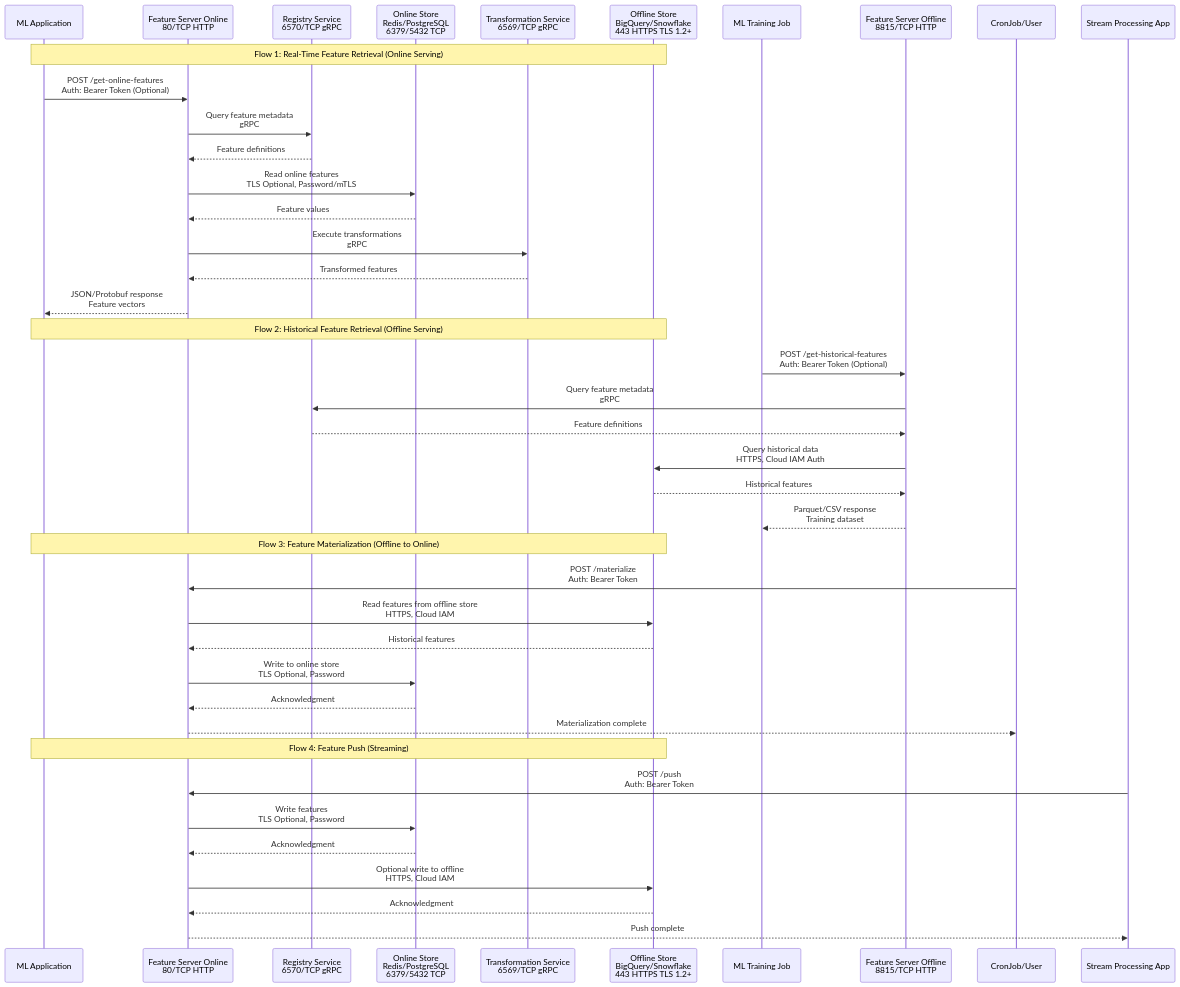
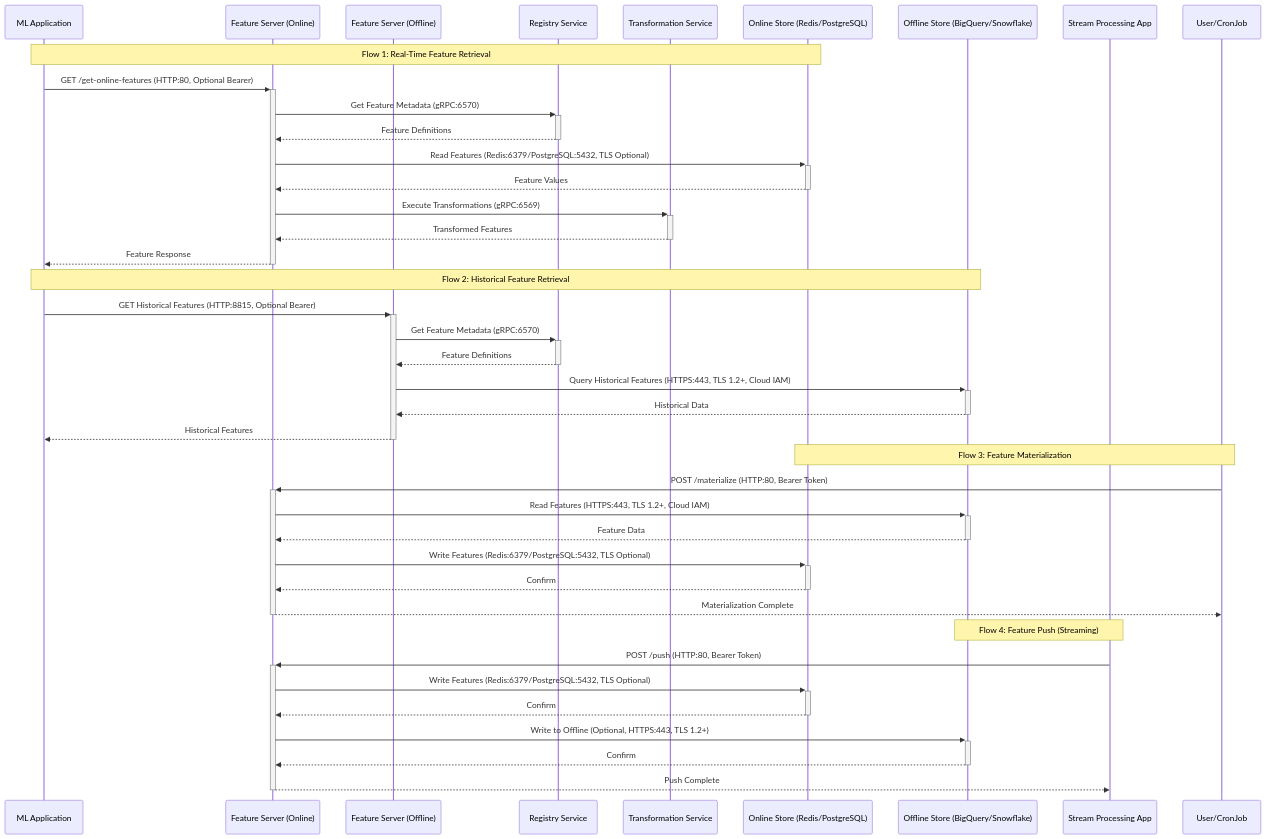
One commit to rhuss/architecture-context changed the diagram in architecture/odh-3.3.0/diagrams/feast-dataflow.mmd. Above: the diagram before and after it, drawn with Mermaid. The commit also changed 72 other files, not shown here.

```diff
--- a/architecture/odh-3.3.0/diagrams/feast-dataflow.mmd
+++ b/architecture/odh-3.3.0/diagrams/feast-dataflow.mmd
@@ -1,52 +1,44 @@
 sequenceDiagram
-    participant MLApp as ML Application
-    participant OnlineServer as Feature Server Online<br/>80/TCP HTTP
-    participant Registry as Registry Service<br/>6570/TCP gRPC
-    participant OnlineDB as Online Store<br/>Redis/PostgreSQL<br/>6379/5432 TCP
-    participant Transform as Transformation Service<br/>6569/TCP gRPC
-    participant OfflineDB as Offline Store<br/>BigQuery/Snowflake<br/>443 HTTPS TLS 1.2+
+    participant ML as ML Application
+    participant ONLINE as Feature Server (Online)
+    participant OFFLINE as Feature Server (Offline)
+    participant REG as Registry Service
+    participant TRANS as Transformation Service
+    participant ONLINEDB as Online Store (Redis/PostgreSQL)
+    participant OFFLINEDB as Offline Store (BigQuery/Snowflake)
+    participant STREAM as Stream Processing App
+    participant CRON as User/CronJob
 
-    Note over MLApp,OfflineDB: Flow 1: Real-Time Feature Retrieval (Online Serving)
+    Note over ML,ONLINEDB: Flow 1: Real-Time Feature Retrieval
+    ML->>+ONLINE: GET /get-online-features (HTTP:80, Optional Bearer)
+    ONLINE->>+REG: Get Feature Metadata (gRPC:6570)
+    REG-->>-ONLINE: Feature Definitions
+    ONLINE->>+ONLINEDB: Read Features (Redis:6379/PostgreSQL:5432, TLS Optional)
+    ONLINEDB-->>-ONLINE: Feature Values
+    ONLINE->>+TRANS: Execute Transformations (gRPC:6569)
+    TRANS-->>-ONLINE: Transformed Features
+    ONLINE-->>-ML: Feature Response
 
-    MLApp->>OnlineServer: POST /get-online-features<br/>Auth: Bearer Token (Optional)
-    OnlineServer->>Registry: Query feature metadata<br/>gRPC
-    Registry-->>OnlineServer: Feature definitions
-    OnlineServer->>OnlineDB: Read online features<br/>TLS Optional, Password/mTLS
-    OnlineDB-->>OnlineServer: Feature values
-    OnlineServer->>Transform: Execute transformations<br/>gRPC
-    Transform-->>OnlineServer: Transformed features
-    OnlineServer-->>MLApp: JSON/Protobuf response<br/>Feature vectors
+    Note over ML,OFFLINEDB: Flow 2: Historical Feature Retrieval
+    ML->>+OFFLINE: GET Historical Features (HTTP:8815, Optional Bearer)
+    OFFLINE->>+REG: Get Feature Metadata (gRPC:6570)
+    REG-->>-OFFLINE: Feature Definitions
+    OFFLINE->>+OFFLINEDB: Query Historical Features (HTTPS:443, TLS 1.2+, Cloud IAM)
+    OFFLINEDB-->>-OFFLINE: Historical Data
+    OFFLINE-->>-ML: Historical Features
 
-    Note over MLApp,OfflineDB: Flow 2: Historical Feature Retrieval (Offline Serving)
+    Note over CRON,ONLINEDB: Flow 3: Feature Materialization
+    CRON->>+ONLINE: POST /materialize (HTTP:80, Bearer Token)
+    ONLINE->>+OFFLINEDB: Read Features (HTTPS:443, TLS 1.2+, Cloud IAM)
+    OFFLINEDB-->>-ONLINE: Feature Data
+    ONLINE->>+ONLINEDB: Write Features (Redis:6379/PostgreSQL:5432, TLS Optional)
+    ONLINEDB-->>-ONLINE: Confirm
+    ONLINE-->>-CRON: Materialization Complete
 
-    participant TrainingJob as ML Training Job
-    participant OfflineServer as Feature Server Offline<br/>8815/TCP HTTP
-
-    TrainingJob->>OfflineServer: POST /get-historical-features<br/>Auth: Bearer Token (Optional)
-    OfflineServer->>Registry: Query feature metadata<br/>gRPC
-    Registry-->>OfflineServer: Feature definitions
-    OfflineServer->>OfflineDB: Query historical data<br/>HTTPS, Cloud IAM Auth
-    OfflineDB-->>OfflineServer: Historical features
-    OfflineServer-->>TrainingJob: Parquet/CSV response<br/>Training dataset
-
-    Note over MLApp,OfflineDB: Flow 3: Feature Materialization (Offline to Online)
-
-    participant CronJob as CronJob/User
-
-    CronJob->>OnlineServer: POST /materialize<br/>Auth: Bearer Token
-    OnlineServer->>OfflineDB: Read features from offline store<br/>HTTPS, Cloud IAM
-    OfflineDB-->>OnlineServer: Historical features
-    OnlineServer->>OnlineDB: Write to online store<br/>TLS Optional, Password
-    OnlineDB-->>OnlineServer: Acknowledgment
-    OnlineServer-->>CronJob: Materialization complete
-
-    Note over MLApp,OfflineDB: Flow 4: Feature Push (Streaming)
-
-    participant StreamApp as Stream Processing App
-
-    StreamApp->>OnlineServer: POST /push<br/>Auth: Bearer Token
-    OnlineServer->>OnlineDB: Write features<br/>TLS Optional, Password
-    OnlineDB-->>OnlineServer: Acknowledgment
-    OnlineServer->>OfflineDB: Optional write to offline<br/>HTTPS, Cloud IAM
-    OfflineDB-->>OnlineServer: Acknowledgment
-    OnlineServer-->>StreamApp: Push complete
+    Note over STREAM,OFFLINEDB: Flow 4: Feature Push (Streaming)
+    STREAM->>+ONLINE: POST /push (HTTP:80, Bearer Token)
+    ONLINE->>+ONLINEDB: Write Features (Redis:6379/PostgreSQL:5432, TLS Optional)
+    ONLINEDB-->>-ONLINE: Confirm
+    ONLINE->>+OFFLINEDB: Write to Offline (Optional, HTTPS:443, TLS 1.2+)
+    OFFLINEDB-->>-ONLINE: Confirm
+    ONLINE-->>-STREAM: Push Complete
```
